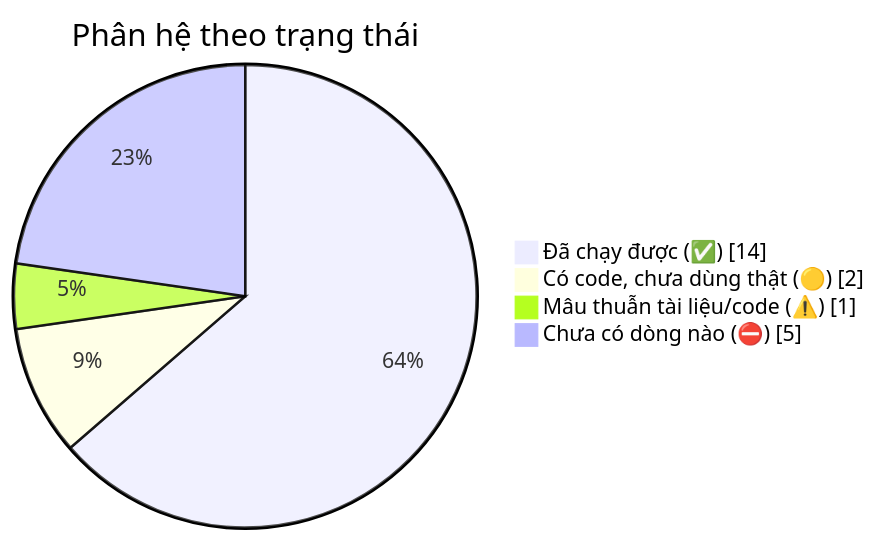
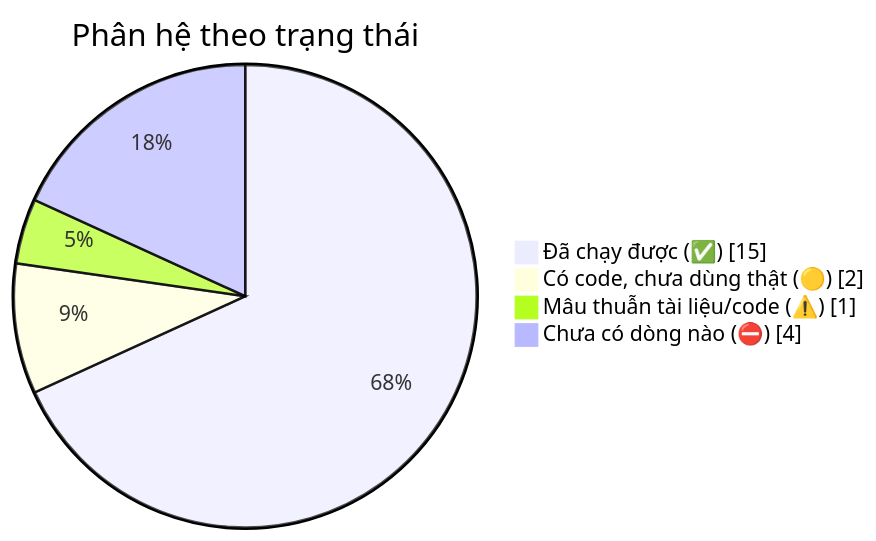
The fourth of 4 diagrams in docs/diagram/20-overview.md (fdshn/trueheart), drawn with Mermaid before and after one commit. The commit also changed other lines of this file and 20 other files, not shown here.

````diff
--- a/docs/diagram/20-overview.md
+++ b/docs/diagram/20-overview.md
@@ -132,8 +132,8 @@
 ```mermaid
 pie showData
     title Phân hệ theo trạng thái
-    "Đã chạy được (✅)" : 14
+    "Đã chạy được (✅)" : 15
     "Có code, chưa dùng thật (🟡)" : 2
     "Mâu thuẫn tài liệu/code (⚠️)" : 1
-    "Chưa có dòng nào (⛔)" : 5
+    "Chưa có dòng nào (⛔)" : 4
 ```
````
